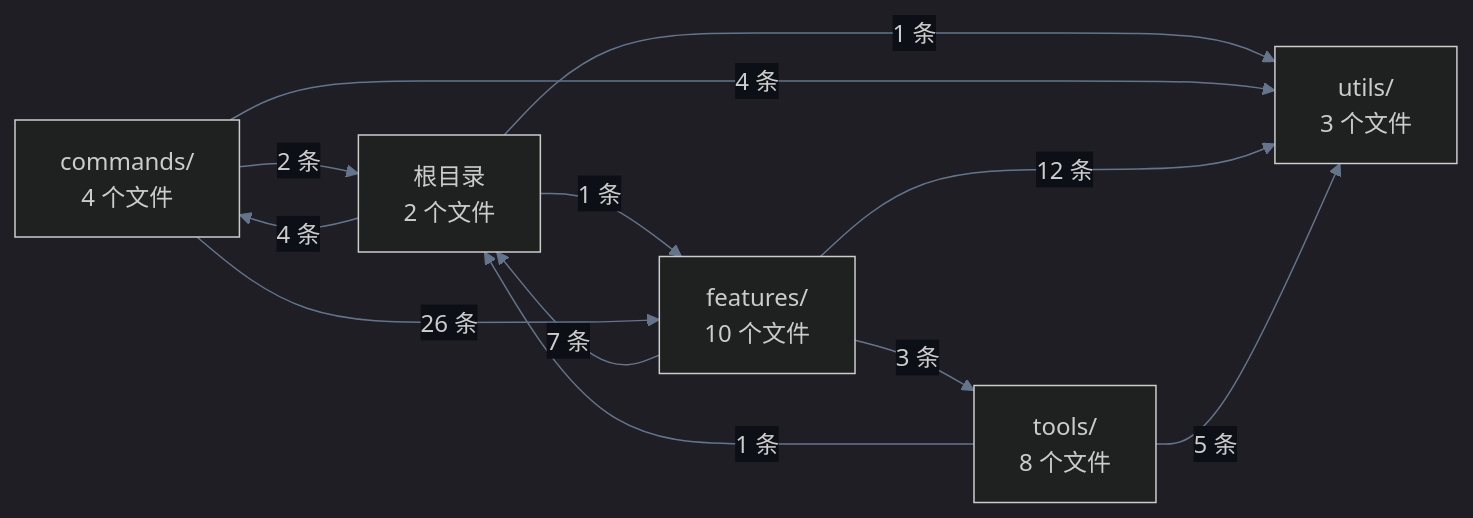
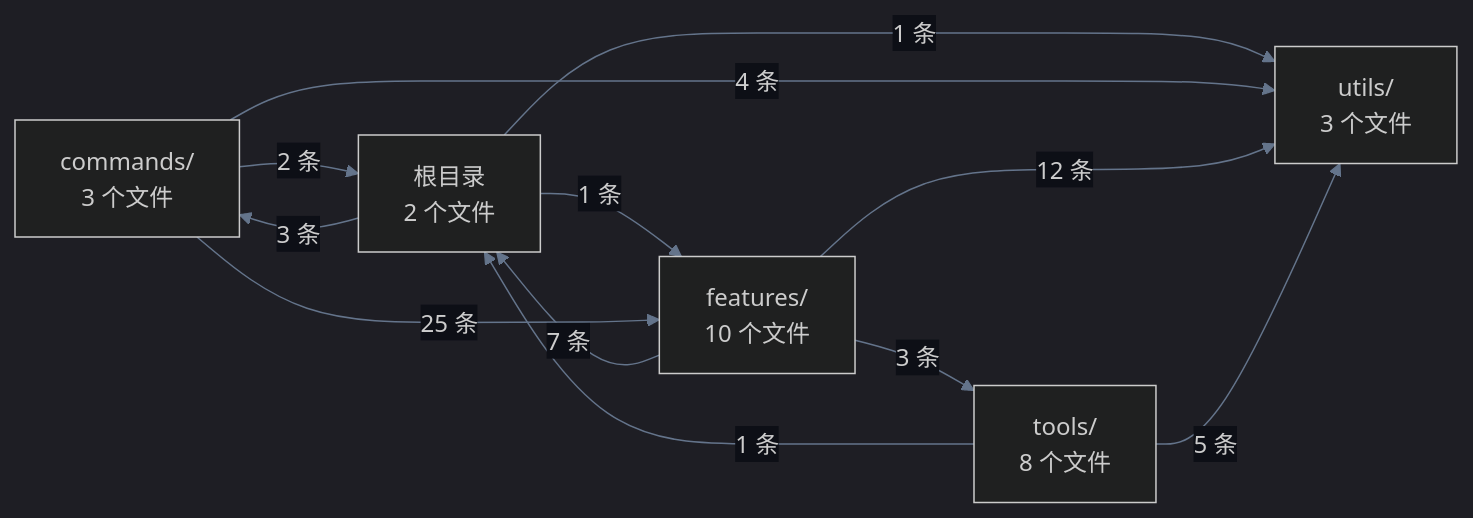
Before and after one commit to kernel4632/agent: the diagram in docs/server-dependencies-dirs.mmd, drawn with Mermaid. The commit also changed 8 other files, not shown here.

Commit message:
docs: 更新 settings 合并后的图和统计

```diff
--- a/docs/server-dependencies-dirs.mmd
+++ b/docs/server-dependencies-dirs.mmd
@@ -1,18 +1,18 @@
 %%{init: {'theme':'dark','themeVariables':{'fontFamily':'ui-monospace, monospace','primaryColor':'#18202b','primaryTextColor':'#f8fafc','lineColor':'#64748b','clusterBkg':'#11151d','clusterBorder':'#475569','edgeLabelBackground':'#0d0f16'}}}%%
 flowchart LR
-  commands["commands/<br/>4 个文件"]
+  commands["commands/<br/>3 个文件"]
   features["features/<br/>10 个文件"]
   tools["tools/<br/>8 个文件"]
   utils["utils/<br/>3 个文件"]
   _root_["根目录<br/>2 个文件"]
-  _root_ -->|"4 条"| commands
+  _root_ -->|"3 条"| commands
   _root_ -->|"1 条"| features
   _root_ -->|"1 条"| utils
   commands -->|"2 条"| _root_
-  commands -->|"26 条"| features
+  commands -->|"25 条"| features
   commands -->|"4 条"| utils
   features -->|"7 条"| _root_
   features -->|"12 条"| utils
   features -->|"3 条"| tools
   tools -->|"1 条"| _root_
   tools -->|"5 条"| utils
```
